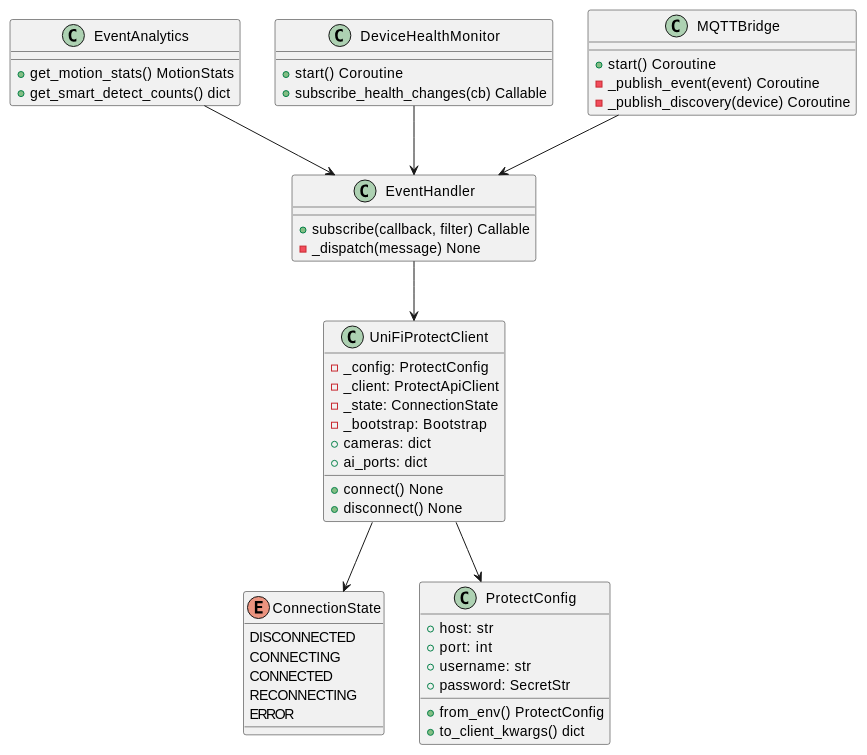
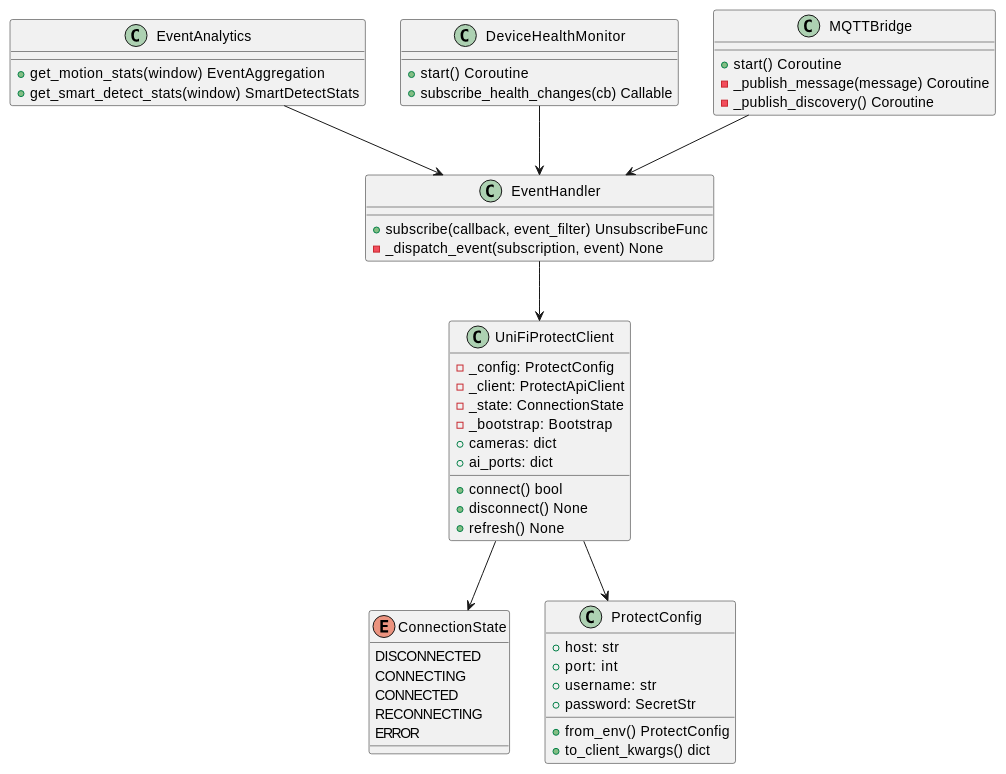
Diagram 18 of 26 in docs/architecture/c4-architecture.md (NetDevAutomate/unifi_management_cli), drawn with PlantUML before and after one commit. The commit also changed other lines of this file and 2 other files, not shown here.

First line of the commit message:
docs(architecture): refresh the C4 and overview docs

````diff
--- a/docs/architecture/c4-architecture.md
+++ b/docs/architecture/c4-architecture.md
@@ -765,59 +814,60 @@
 ```plantuml
 @startuml Code_ProtectClient
 enum ConnectionState {
     DISCONNECTED
     CONNECTING
     CONNECTED
     RECONNECTING
     ERROR
 }
 
 class UniFiProtectClient {
     -_config: ProtectConfig
     -_client: ProtectApiClient
     -_state: ConnectionState
     -_bootstrap: Bootstrap
     +cameras: dict
     +ai_ports: dict
-    +connect() None
+    +connect() bool
     +disconnect() None
+    +refresh() None
 }
 
 class ProtectConfig {
     +host: str
     +port: int
     +username: str
     +password: SecretStr
     +from_env() ProtectConfig
     +to_client_kwargs() dict
 }
 
 class EventHandler {
-    +subscribe(callback, filter) Callable
-    -_dispatch(message) None
+    +subscribe(callback, event_filter) UnsubscribeFunc
+    -_dispatch_event(subscription, event) None
 }
 
 class EventAnalytics {
-    +get_motion_stats() MotionStats
-    +get_smart_detect_counts() dict
+    +get_motion_stats(window) EventAggregation
+    +get_smart_detect_stats(window) SmartDetectStats
 }
 
 class DeviceHealthMonitor {
     +start() Coroutine
     +subscribe_health_changes(cb) Callable
 }
 
 class MQTTBridge {
     +start() Coroutine
-    -_publish_event(event) Coroutine
-    -_publish_discovery(device) Coroutine
+    -_publish_message(message) Coroutine
+    -_publish_discovery() Coroutine
 }
 
 UniFiProtectClient --> ConnectionState
 UniFiProtectClient --> ProtectConfig
 EventHandler --> UniFiProtectClient
 EventAnalytics --> EventHandler
 DeviceHealthMonitor --> EventHandler
 MQTTBridge --> EventHandler
 @enduml
 ```
````
